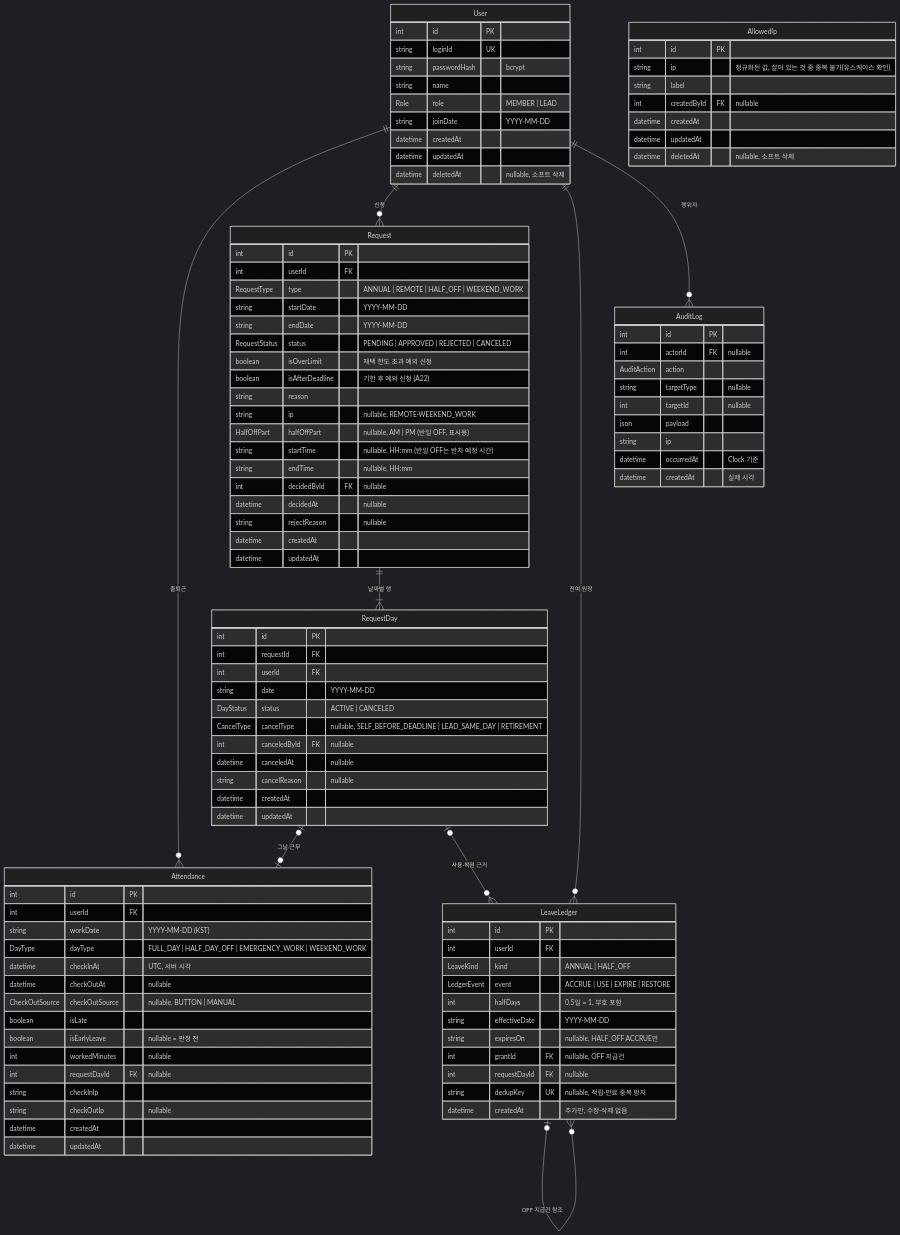
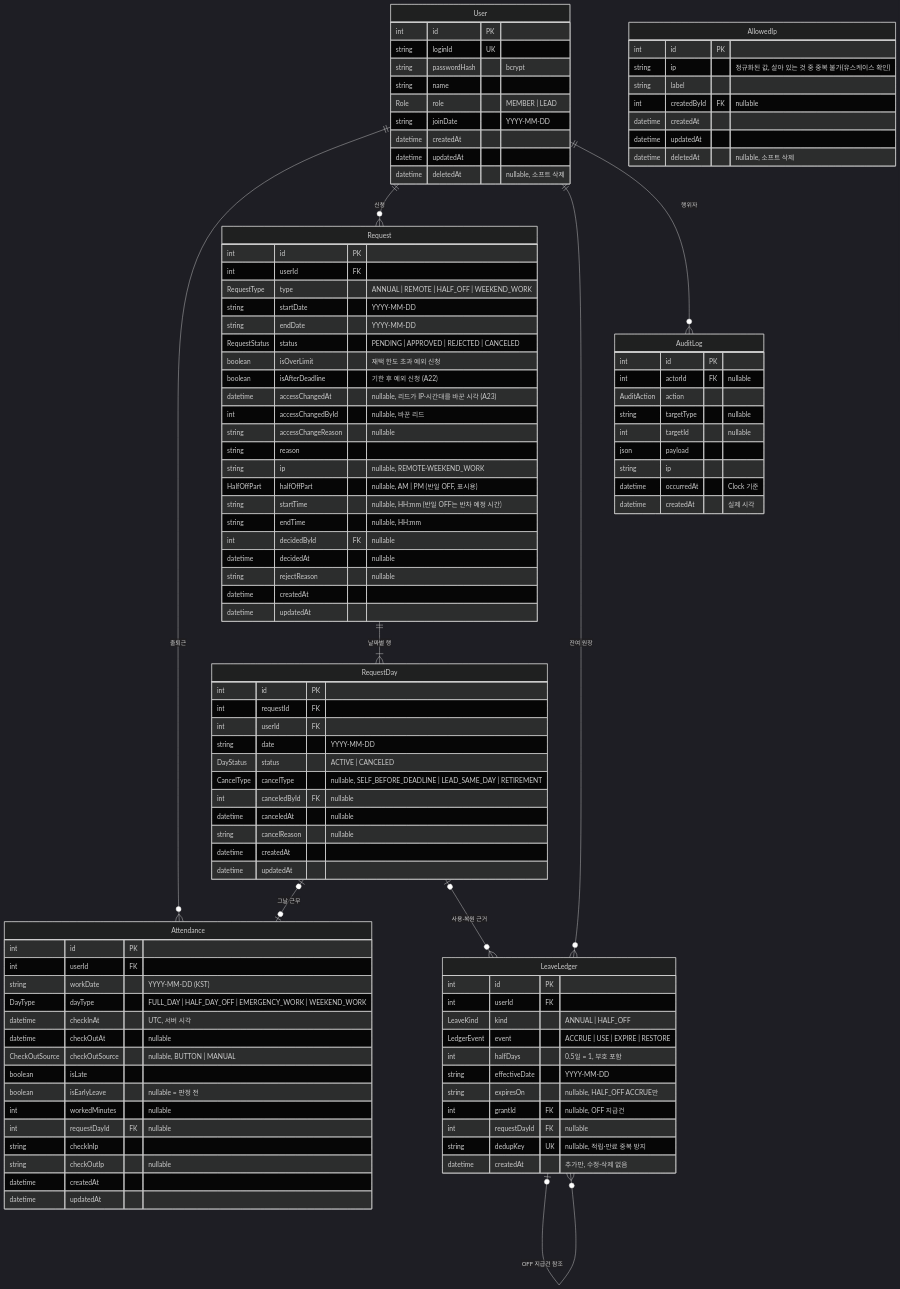
One commit to doosup/team-attendance-system changed the diagram in docs/design.md. Above: the diagram before and after it, drawn with Mermaid (dark theme). The commit also changed other lines of this file and 30 other files, not shown here.

```diff
--- a/docs/design.md
+++ b/docs/design.md
@@ -63,6 +63,9 @@
         RequestStatus status "PENDING | APPROVED | REJECTED | CANCELED"
         boolean isOverLimit "재택 한도 초과 예외 신청"
         boolean isAfterDeadline "기한 후 예외 신청 (A22)"
+        datetime accessChangedAt "nullable, 리드가 IP·시간대를 바꾼 시각 (A23)"
+        int accessChangedById "nullable, 바꾼 리드"
+        string accessChangeReason "nullable"
         string reason
         string ip "nullable, REMOTE·WEEKEND_WORK"
         HalfOffPart halfOffPart "nullable, AM | PM (반일 OFF, 표시용)"
```
